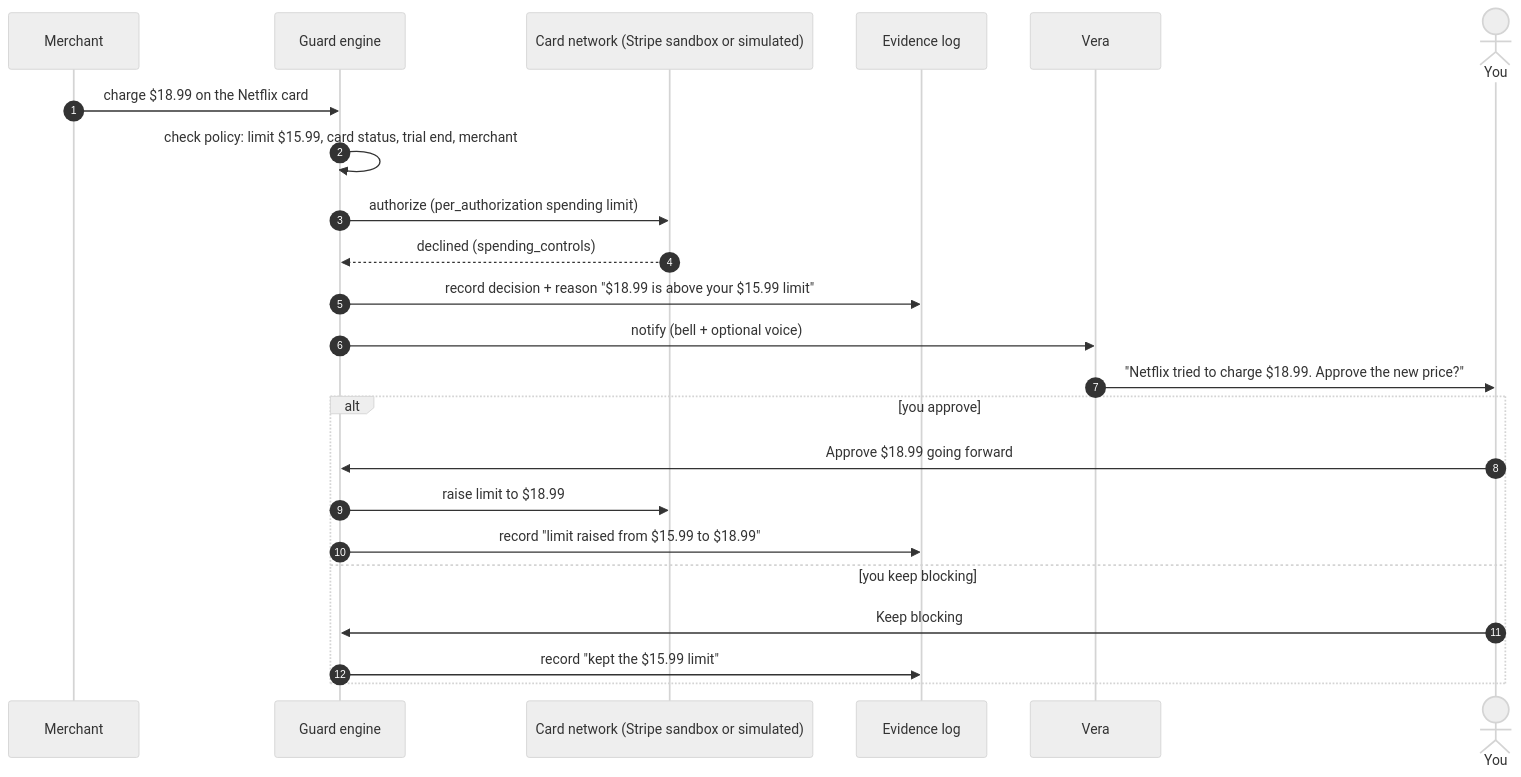
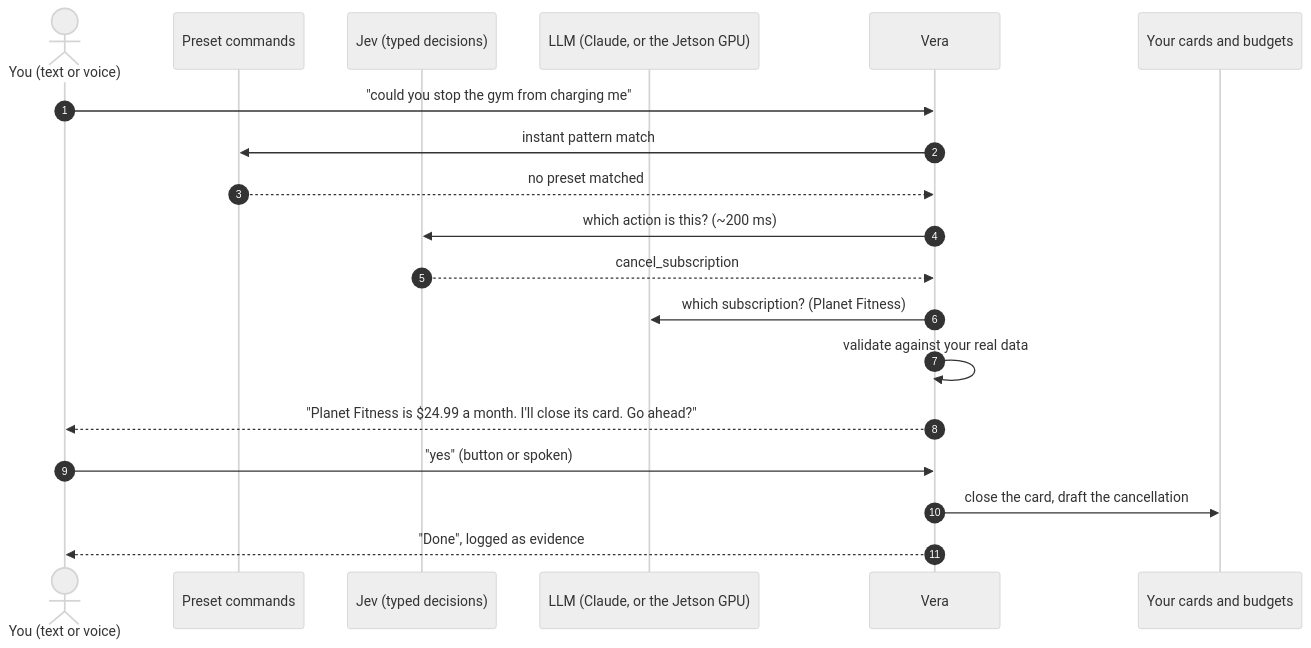
One commit to mian-abd/verafund changed the second of 6 diagrams in README.md. Above: the diagram before and after it, drawn with Mermaid (neutral theme). The commit also changed other lines of this file, not shown here.

Commit message:
README: diagrams first (how it works, Vera's confirm flow, phone calls, architecture, Jetson), current features

````diff
--- a/README.md
+++ b/README.md
@@ -48,26 +26,21 @@
 ```mermaid
 sequenceDiagram
   autonumber
-  participant M as Merchant
-  participant G as Guard engine
-  participant N as Card network (Stripe sandbox or simulated)
-  participant L as Evidence log
+  actor U as You (text or voice)
+  participant P as Preset commands
+  participant J as Jev (typed decisions)
+  participant L as LLM (Claude, or the Jetson GPU)
   participant V as Vera
-  actor U as You
-
-  M->>G: charge $18.99 on the Netflix card
-  G->>G: check policy: limit $15.99, card status, trial end, merchant
-  G->>N: authorize (per_authorization spending limit)
-  N-->>G: declined (spending_controls)
-  G->>L: record decision + reason "$18.99 is above your $15.99 limit"
-  G->>V: notify (bell + optional voice)
-  V->>U: "Netflix tried to charge $18.99. Approve the new price?"
-  alt you approve
-    U->>G: Approve $18.99 going forward
-    G->>N: raise limit to $18.99
-    G->>L: record "limit raised from $15.99 to $18.99"
-  else you keep blocking
-    U->>G: Keep blocking
-    G->>L: record "kept the $15.99 limit"
-  end
+  participant A as Your cards and budgets
+  U->>V: "could you stop the gym from charging me"
+  V->>P: instant pattern match
+  P-->>V: no preset matched
+  V->>J: which action is this? (~200 ms)
+  J-->>V: cancel_subscription
+  V->>L: which subscription? (Planet Fitness)
+  V->>V: validate against your real data
+  V-->>U: "Planet Fitness is $24.99 a month. I'll close its card. Go ahead?"
+  U->>V: "yes" (button or spoken)
+  V->>A: close the card, draft the cancellation
+  V-->>U: "Done", logged as evidence
 ```
````
